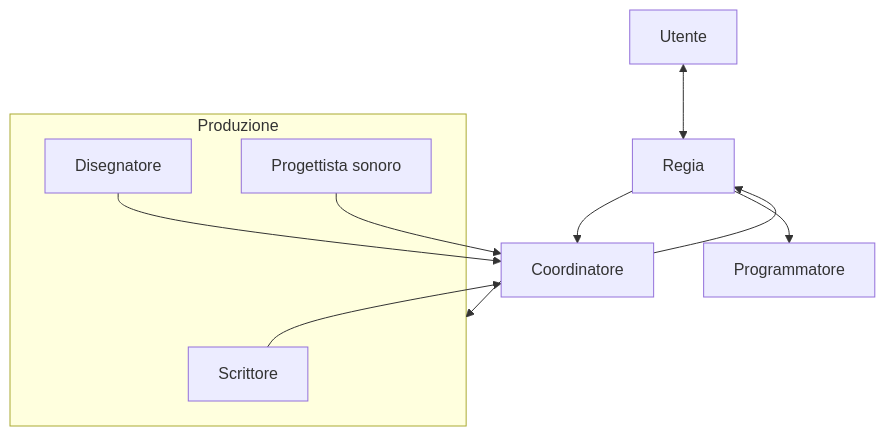
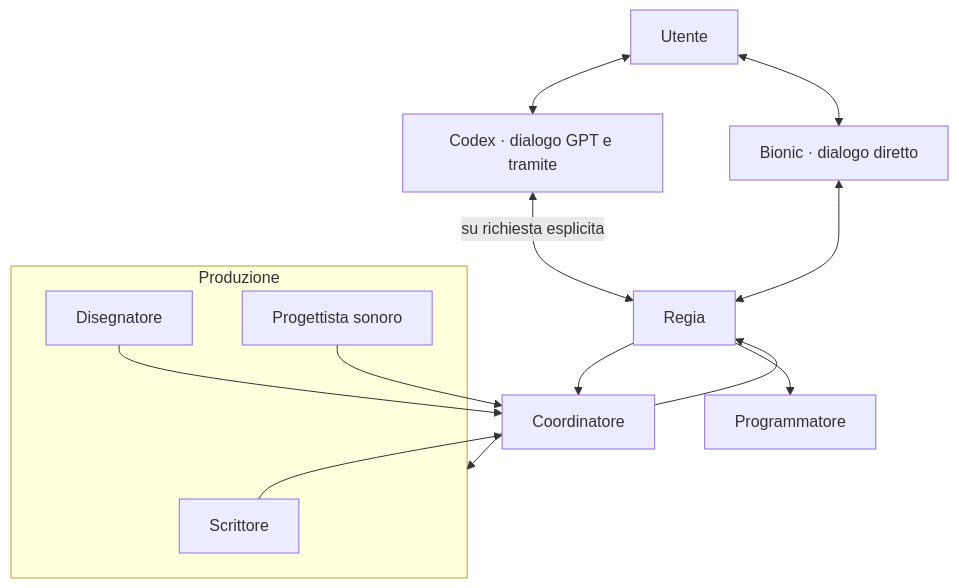
The first of 10 diagrams in README.md (DRincs-Productions/LM-Studio), drawn with Mermaid before and after one commit. The commit also changed other lines of this file and 14 other files, not shown here.

Commit message:
Update MCP workers, add Codex Regia relay and document workflows

````diff
--- a/README.md
+++ b/README.md
@@ -15,16 +15,19 @@
 ```mermaid
 flowchart TD
-    U[Utente] <--> R[Regia]
+    U[Utente] <--> X[Codex · dialogo GPT e tramite]
+    U <--> B[Bionic · dialogo diretto]
+    X <-->|su richiesta esplicita| R[Regia]
+    B <--> R
     R --> C[Coordinatore]
     C --> PRODUZIONE
     subgraph PRODUZIONE[Produzione]
         W[Scrittore]
         D[Disegnatore]
         S[Progettista sonoro]
     end
     W --> C
     D --> C
     S --> C
     C --> R
     R --> P[Programmatore]
 ```
````
